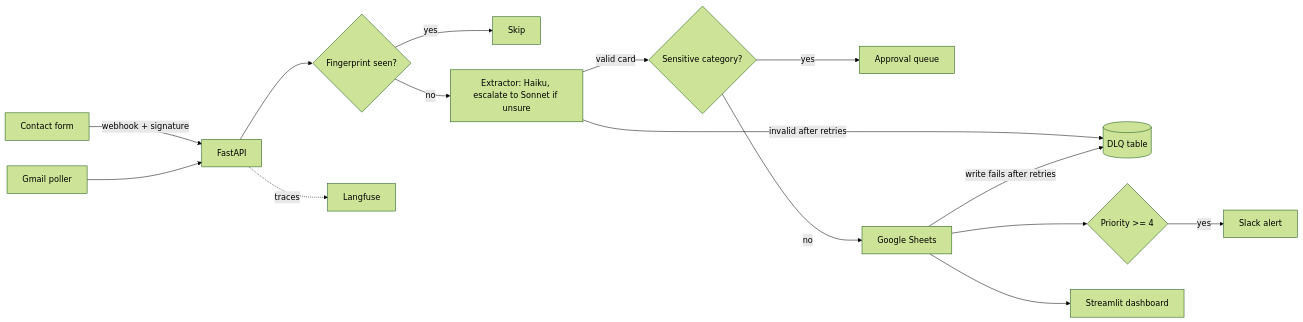
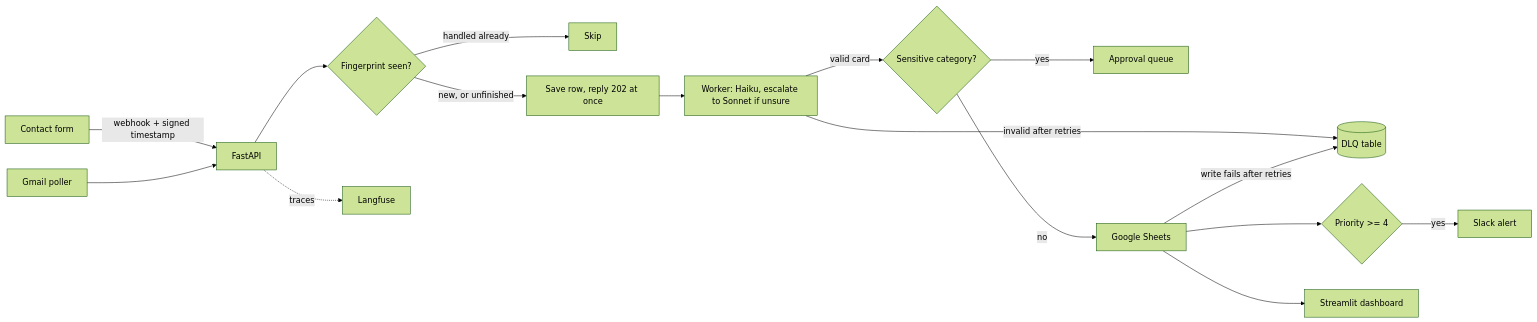
One commit to Anushka-200/p01-ai-lead-triage changed the diagram in PLAN.md. Above: the diagram before and after it, drawn with Mermaid (forest theme). The commit also changed other lines of this file and 3 other files, not shown here.

````diff
--- a/PLAN.md
+++ b/PLAN.md
@@ -9,17 +9,18 @@
 ```mermaid
 flowchart LR
-  F[Contact form] -->|webhook + signature| API[FastAPI]
+  F[Contact form] -->|webhook + signed timestamp| API[FastAPI]
   G[Gmail poller] --> API
   API --> D{Fingerprint seen?}
-  D -- yes --> X[Skip]
-  D -- no --> E[Extractor: Haiku, escalate to Sonnet if unsure]
+  D -- "handled already" --> X[Skip]
+  D -- "new, or unfinished" --> SV[Save row, reply 202 at once]
+  SV --> E[Worker: Haiku, escalate to Sonnet if unsure]
   E -->|valid card| R{Sensitive category?}
   E -->|invalid after retries| DLQ[(DLQ table)]
   R -- yes --> Q[Approval queue]
   R -- no --> S[Google Sheets]
   S --> P{Priority >= 4}
   P -- yes --> SL[Slack alert]
   S -- write fails after retries --> DLQ
   API -.traces.-> LF[Langfuse]
   S --> UI[Streamlit dashboard]
 ```
````
